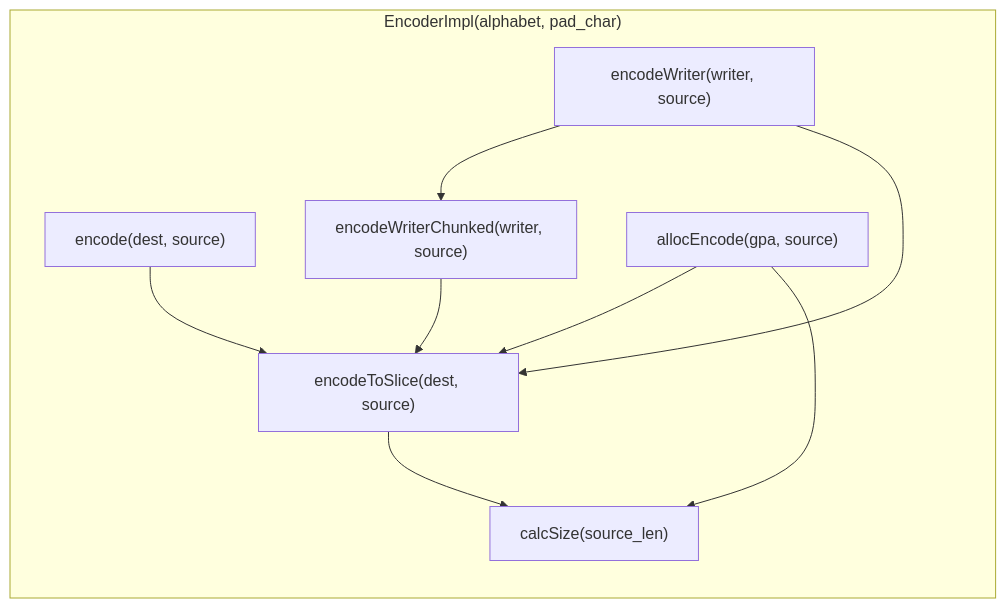
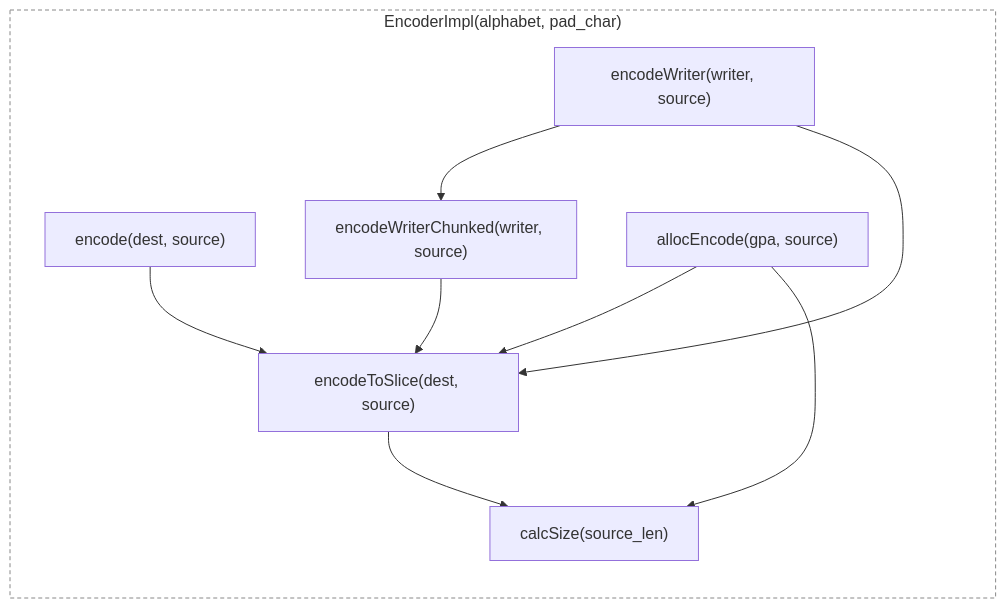
The second of 3 diagrams in README.md (Kbgjtn/base64), drawn with Mermaid before and after one commit.

Commit message:
docs: drop default fill on encoder diagram subgraph

````diff
--- a/README.md
+++ b/README.md
@@ -160,19 +160,21 @@
 ```mermaid
 flowchart LR
-    subgraph "EncoderImpl(alphabet, pad_char)"
+    subgraph impl["EncoderImpl(alphabet, pad_char)"]
         calcSize["calcSize(source_len)"]
         encodeToSlice["encodeToSlice(dest, source)"]
         encode["encode(dest, source)"]
         encodeWriter["encodeWriter(writer, source)"]
         encodeWriterChunked["encodeWriterChunked(writer, source)"]
         allocEncode["allocEncode(gpa, source)"]
     end
 
     encode --> encodeToSlice
     encodeWriter --> encodeToSlice
     encodeWriter --> encodeWriterChunked
     encodeWriterChunked --> encodeToSlice
     allocEncode --> calcSize
     allocEncode --> encodeToSlice
     encodeToSlice --> calcSize
+
+    style impl fill:none,stroke:#888,stroke-dasharray:4 3
 ```
````
